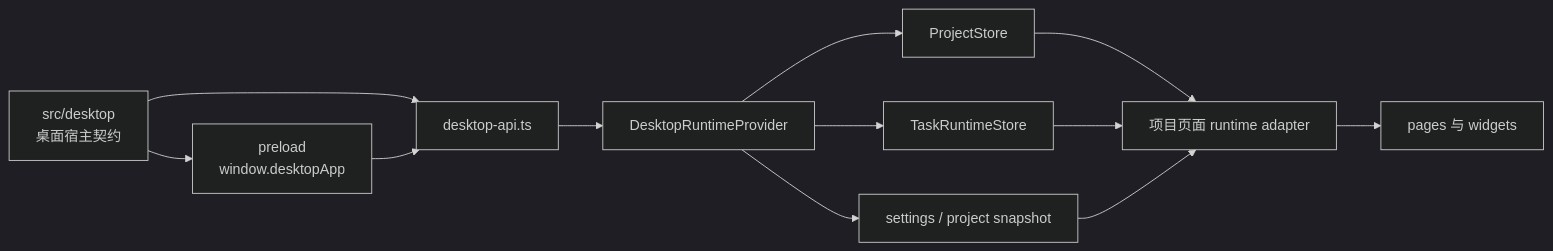
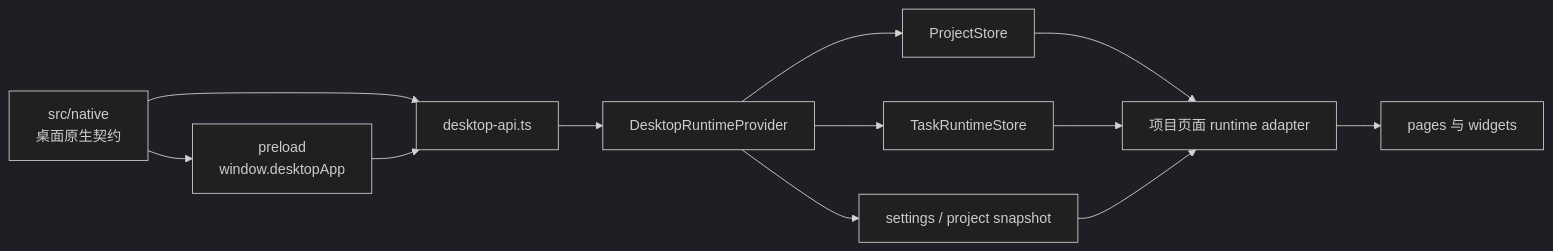
One commit to neavo/LinguaGacha changed the diagram in docs/FRONTEND.md. Above: the diagram before and after it, drawn with Mermaid (dark theme). The commit also changed other lines of this file and 151 other files, not shown here.

````diff
--- a/docs/FRONTEND.md
+++ b/docs/FRONTEND.md
@@ -7,14 +7,14 @@
 ```mermaid
 flowchart LR
-  X["src/desktop<br/>桌面宿主契约"] --> A["preload<br/>window.desktopApp"]
+  X["src/native<br/>桌面原生契约"] --> A["preload<br/>window.desktopApp"]
   X --> B["desktop-api.ts"]
   A --> B
   B --> C["DesktopRuntimeProvider"]
   C --> D["ProjectStore"]
   C --> E["TaskRuntimeStore"]
   C --> H["settings / project snapshot"]
   D --> F["项目页面 runtime adapter"]
   E --> F
   H --> F
   F --> G["pages 与 widgets"]
 ```
````
